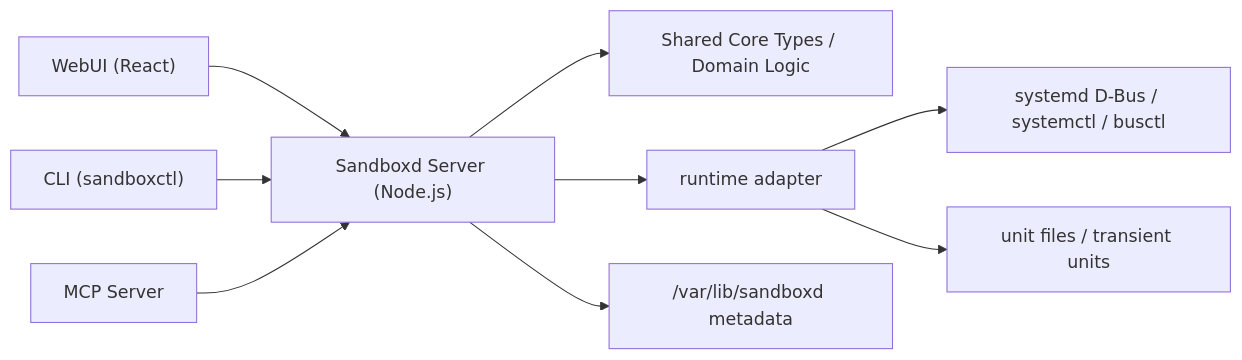
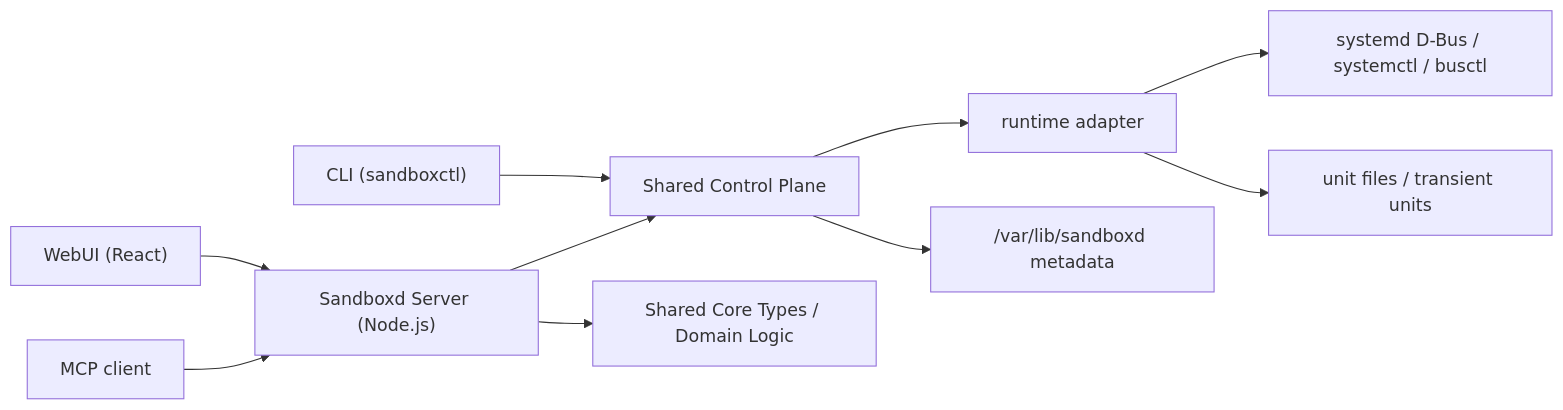
The first of 2 diagrams in README.md (timzhong1024/sandboxd), drawn with Mermaid before and after one commit. The commit also changed other lines of this file and 47 other files, not shown here.

Commit message:
feat: add cli and mcp control-plane entrypoints

````diff
--- a/README.md
+++ b/README.md
@@ -153,11 +153,12 @@
 ```mermaid
 flowchart LR
   W["WebUI (React)"] --> S["Sandboxd Server (Node.js)"]
-  C["CLI (sandboxctl)"] --> S
-  M["MCP Server"] --> S
+  C["CLI (sandboxctl)"] --> P
+  M["MCP client"] --> S
+  S --> P["Shared Control Plane"]
   S --> K["Shared Core Types / Domain Logic"]
-  S --> R["runtime adapter"]
+  P --> R["runtime adapter"]
   R --> D["systemd D-Bus / systemctl / busctl"]
   R --> U["unit files / transient units"]
-  S --> F["/var/lib/sandboxd metadata"]
+  P --> F["/var/lib/sandboxd metadata"]
 ```
````
